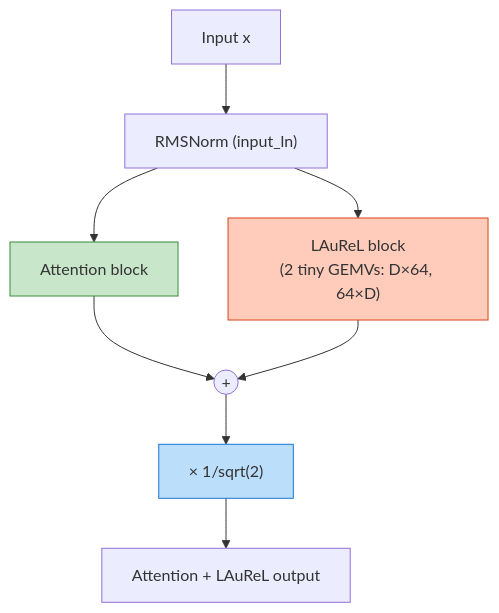
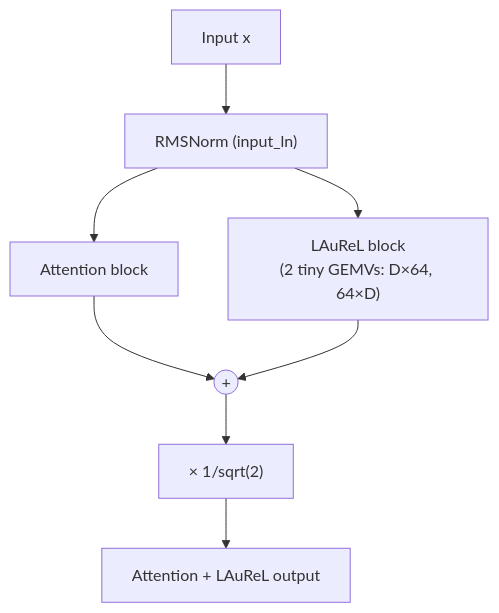
One commit to hwkim-dev/uCA changed the first of 2 diagrams in docs/v002/Models/gemma3n_ple_laurel.rst. Above: the diagram before and after it, drawn with Mermaid. The commit also changed other lines of this file and 3 other files, not shown here.

First line of the commit message:
docs(en): strip hardcoded Mermaid colors for dark-mode parity

```diff
--- a/docs/v002/Models/gemma3n_ple_laurel.rst
+++ b/docs/v002/Models/gemma3n_ple_laurel.rst
@@ -33,13 +33,10 @@
 .. mermaid::
 
    graph TD
        X["Input x"] --> N["RMSNorm (input_ln)"]
        N --> Attn["Attention block"]
        N --> LAuReL["LAuReL block<br/>(2 tiny GEMVs: D×64, 64×D)"]
        Attn --> AddOp((+))
        LAuReL --> AddOp
        AddOp --> ScaleOp["× 1/sqrt(2)"]
        ScaleOp --> FinalOut["Attention + LAuReL output"]
-       style Attn fill:#c8e6c9,stroke:#388e3c
-       style LAuReL fill:#ffccbc,stroke:#d84315
-       style ScaleOp fill:#bbdefb,stroke:#1976d2
```
